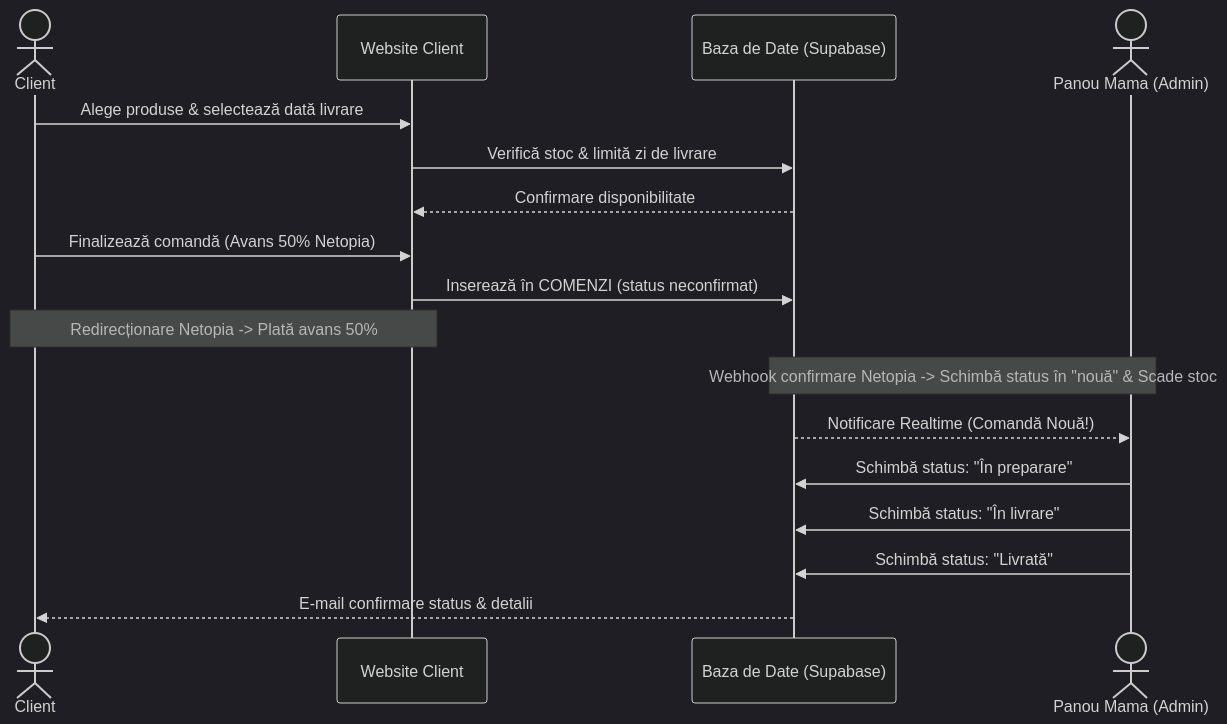
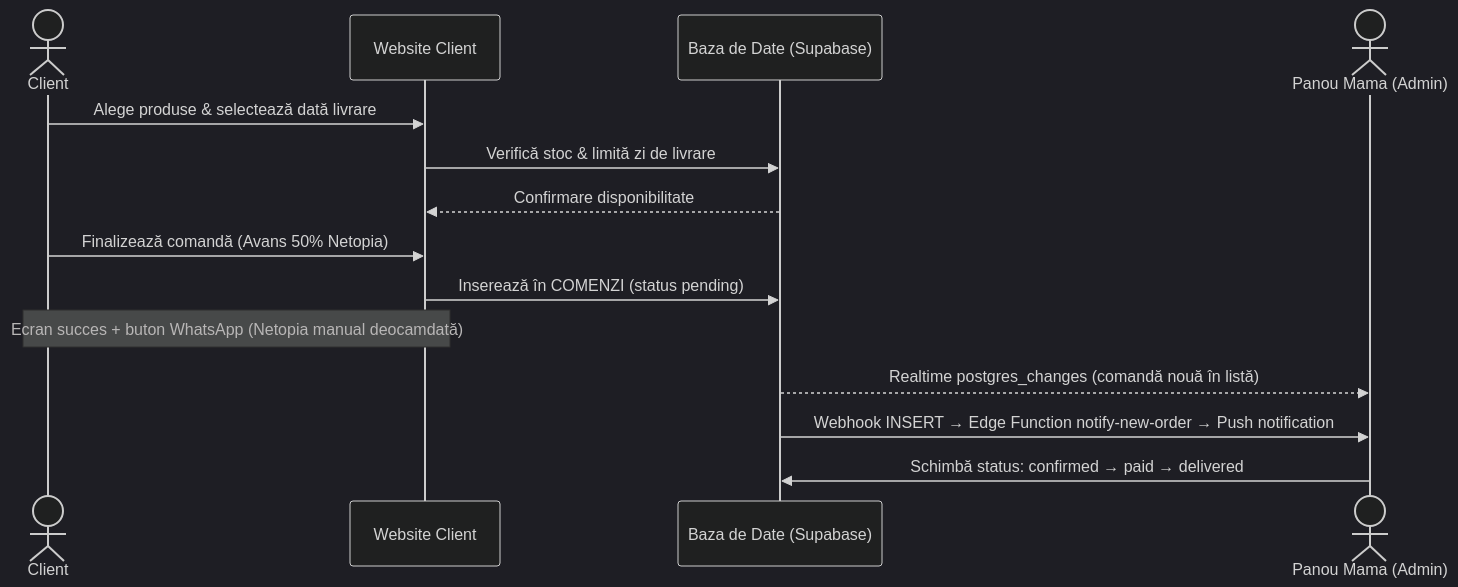
The second of 2 diagrams in Arhitectura Sistemului.md (EmanuelRado/biocake), drawn with Mermaid (dark theme) before and after one commit. The commit also changed other lines of this file and 7 other files, not shown here.

````diff
--- a/Arhitectura Sistemului.md
+++ b/Arhitectura Sistemului.md
@@ -101,20 +110,17 @@
 ```mermaid
 sequenceDiagram
     actor Client
     participant Frontend as Website Client
     participant Supabase as Baza de Date (Supabase)
     actor Admin as Panou Mama (Admin)
     
     Client->>Frontend: Alege produse & selectează dată livrare
     Frontend->>Supabase: Verifică stoc & limită zi de livrare
     Supabase-->>Frontend: Confirmare disponibilitate
     Client->>Frontend: Finalizează comandă (Avans 50% Netopia)
-    Frontend->>Supabase: Inserează în COMENZI (status neconfirmat)
-    Note over Client,Frontend: Redirecționare Netopia -> Plată avans 50%
-    Note over Admin,Supabase: Webhook confirmare Netopia -> Schimbă status în "nouă" & Scade stoc
-    Supabase-->>Admin: Notificare Realtime (Comandă Nouă!)
-    Admin->>Supabase: Schimbă status: "În preparare"
-    Admin->>Supabase: Schimbă status: "În livrare"
-    Admin->>Supabase: Schimbă status: "Livrată"
-    Supabase-->>Client: E-mail confirmare status & detalii
+    Frontend->>Supabase: Inserează în COMENZI (status pending)
+    Note over Client,Frontend: Ecran succes + buton WhatsApp (Netopia manual deocamdată)
+    Supabase-->>Admin: Realtime postgres_changes (comandă nouă în listă)
+    Supabase->>Admin: Webhook INSERT → Edge Function notify-new-order → Push notification
+    Admin->>Supabase: Schimbă status: confirmed → paid → delivered
 ```
````
